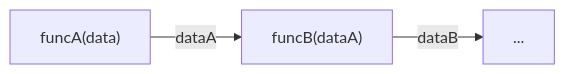
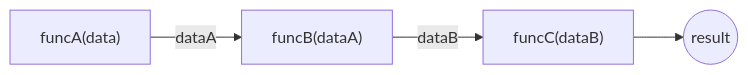
The diagram in function/函数组合.md (yoyoyohamapi/books-underscore-analysis), drawn with Mermaid before and after one commit.

```diff
--- a/function/函数组合.md
+++ b/function/函数组合.md
@@ -10,4 +10,4 @@
 {% mermaid %}
 graph LR;
-A["funcA(data)"]-- dataA -->B["funcB(dataA)"]-- dataB -->...;
+A["funcA(data)"]-- dataA -->B["funcB(dataA)"]-- dataB -->C["funcC(dataB)"]-->result((result));
 {% endmermaid %}
```
